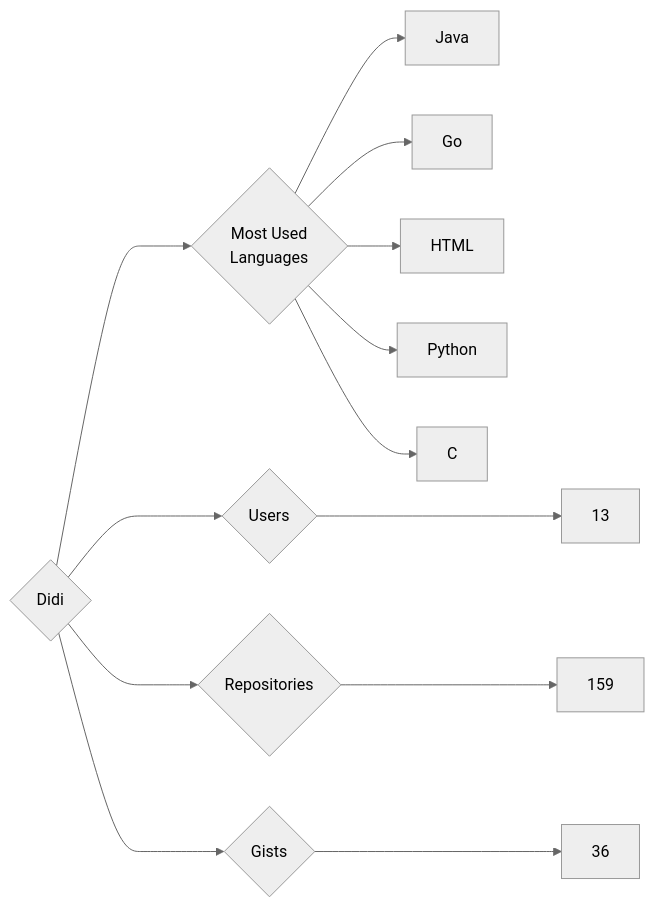
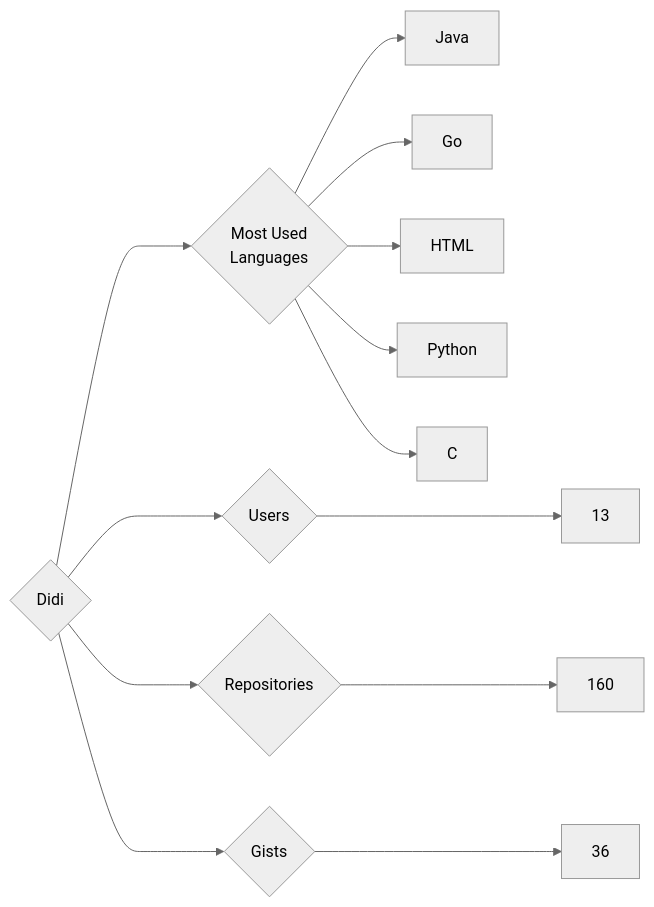
One commit to trickest/insiders changed the diagram in targets/Didi/README.md. Above: the diagram before and after it, drawn with Mermaid (neutral theme). The commit also changed 682 other files, not shown here.

````diff
--- a/targets/Didi/README.md
+++ b/targets/Didi/README.md
@@ -3,13 +3,13 @@
 ```mermaid
 graph LR
 COMPANY_NAME{Didi}
 COMPANY_NAME ---> U{Users} ---> UN[13]
-COMPANY_NAME ---> R{Repositories} ---> RN[159]
+COMPANY_NAME ---> R{Repositories} ---> RN[160]
 COMPANY_NAME ---> G{Gists} ---> GN[36]
 COMPANY_NAME ---> ML{Most Used<br>Languages}
 ML --> Java[Java]
 ML --> Go[Go]
 ML --> HTML[HTML]
 ML --> Python[Python]
 ML --> C[C]
 ```
````
